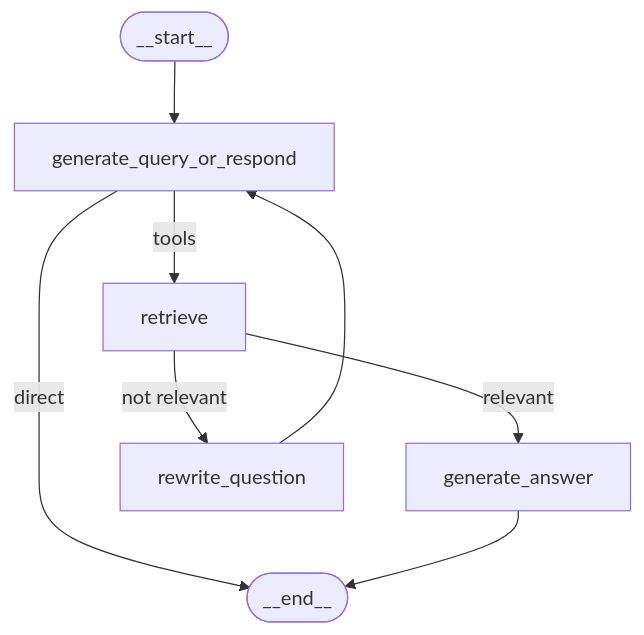
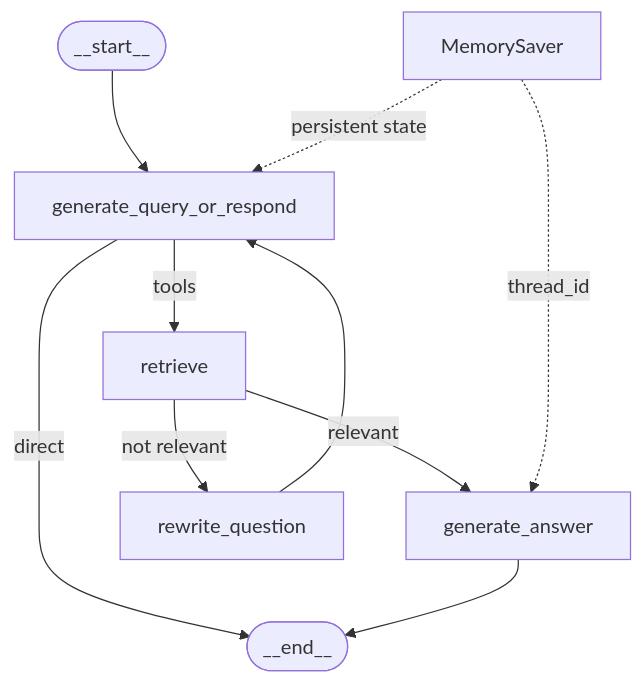
The diagram in README.md (ZeleMate/Agentic-RAG-PoC), drawn with Mermaid before and after one commit. The commit also changed other lines of this file, not shown here.

````diff
--- a/README.md
+++ b/README.md
@@ -15,10 +16,12 @@
 ```mermaid
 flowchart TD
   start([__start__]) --> decide[generate_query_or_respond]
   decide -- tools --> retrieve[retrieve]
   retrieve -->|relevant| answer[generate_answer]
   retrieve -->|not relevant| rewrite[rewrite_question]
   decide -->|direct| end_node([__end__])
   answer --> end_node
   rewrite --> decide
+  memory[MemorySaver] -.->|persistent state| decide
+  memory -.->|thread_id| answer
 ```
````
